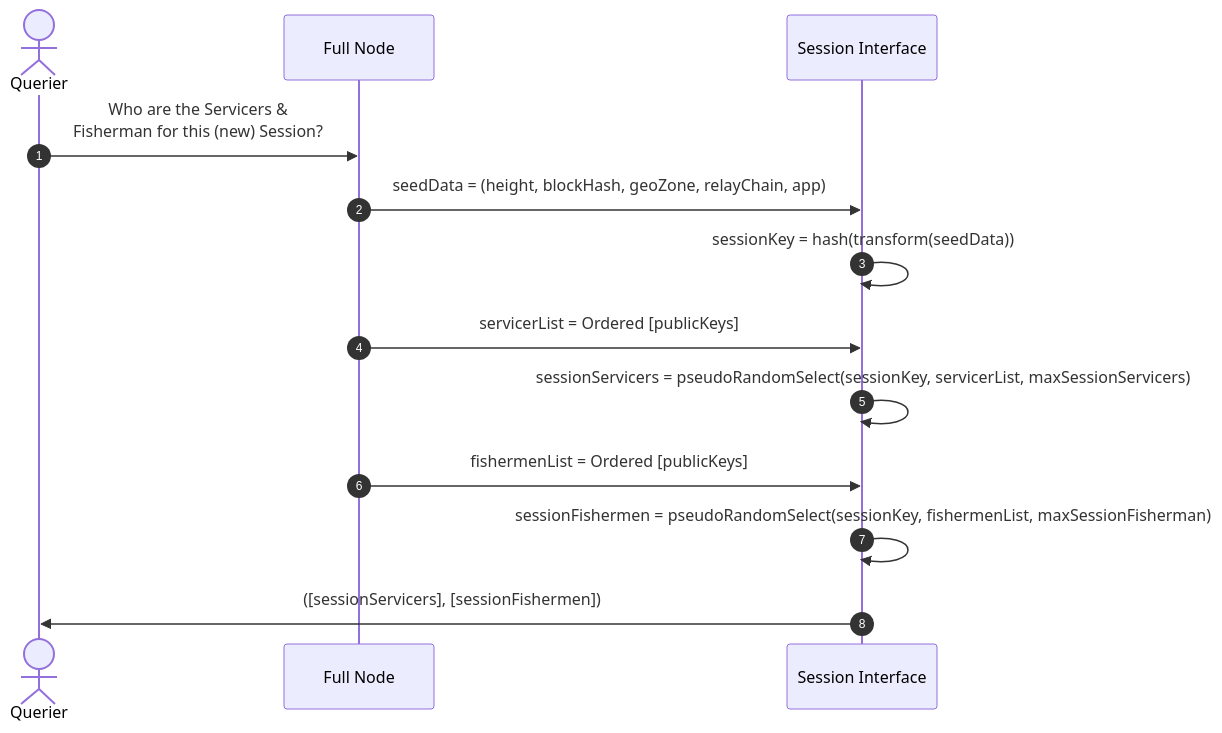
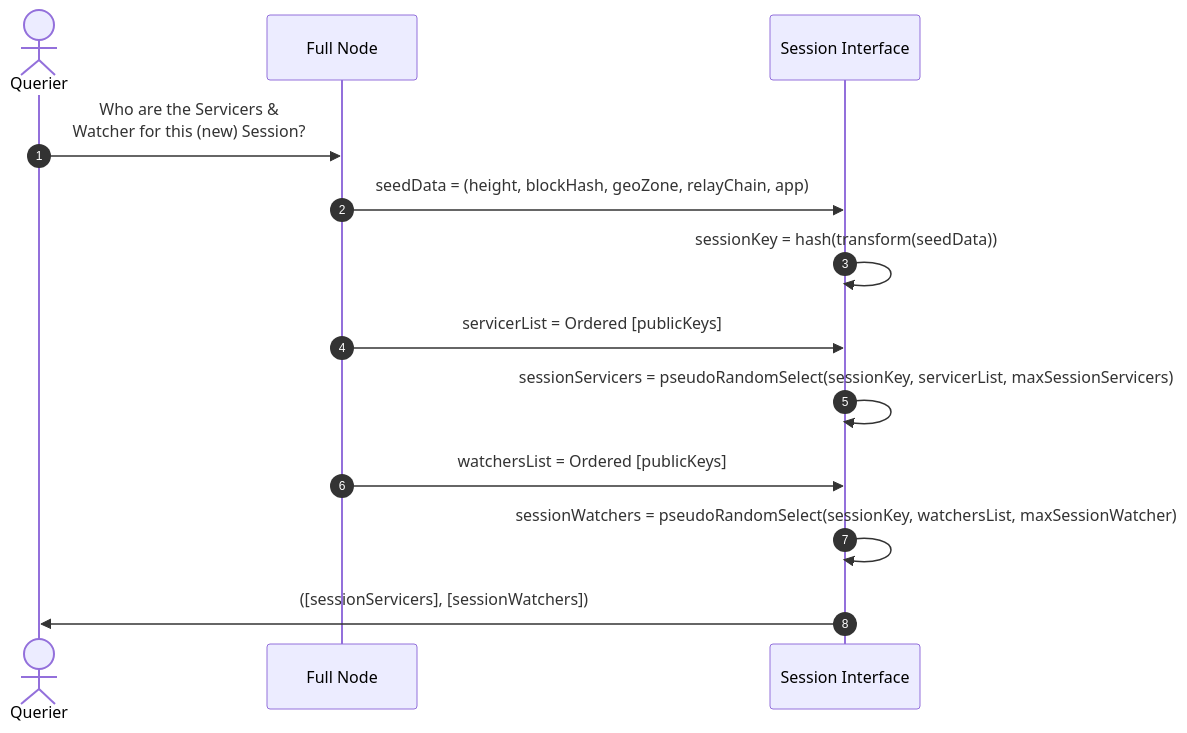
The second of 16 diagrams in utility/README.md (pokt-network/pocket-network-protocol), drawn with Mermaid before and after one commit. The commit also changed other lines of this file and 2 other files, not shown here.

Commit message:
Rename all instances of fisherman to watcher

````diff
--- a/utility/README.md
+++ b/utility/README.md
@@ -252,18 +252,18 @@
 ```mermaid
 sequenceDiagram
     autonumber
 
     actor Q as Querier
 
     participant N as Full Node
     participant S as Session Interface
 
-    Q->>N: Who are the Servicers &<br>Fisherman for this (new) Session?
+    Q->>N: Who are the Servicers &<br>Watcher for this (new) Session?
     N->>S: seedData = (height, blockHash, geoZone, relayChain, app)
     S->>S: sessionKey = hash(transform(seedData))
     N->>S: servicerList = Ordered [publicKeys]
     S->>S: sessionServicers = pseudoRandomSelect(sessionKey, servicerList, maxSessionServicers)
-    N->>S: fishermenList = Ordered [publicKeys]
-    S->>S: sessionFishermen = pseudoRandomSelect(sessionKey, fishermenList, maxSessionFisherman)
-    S->>Q: ([sessionServicers], [sessionFishermen])
+    N->>S: watchersList = Ordered [publicKeys]
+    S->>S: sessionWatchers = pseudoRandomSelect(sessionKey, watchersList, maxSessionWatcher)
+    S->>Q: ([sessionServicers], [sessionWatchers])
 ```
````
